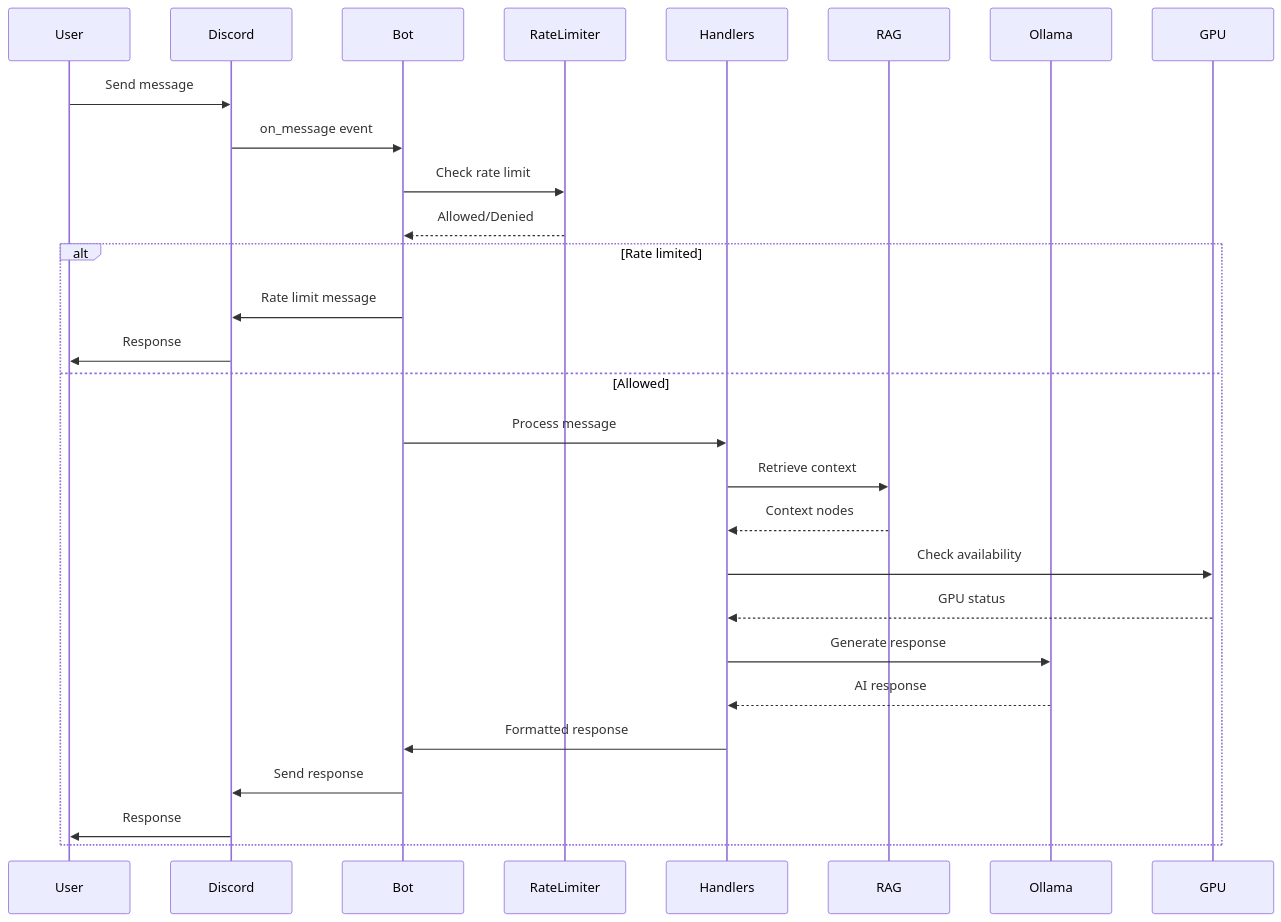
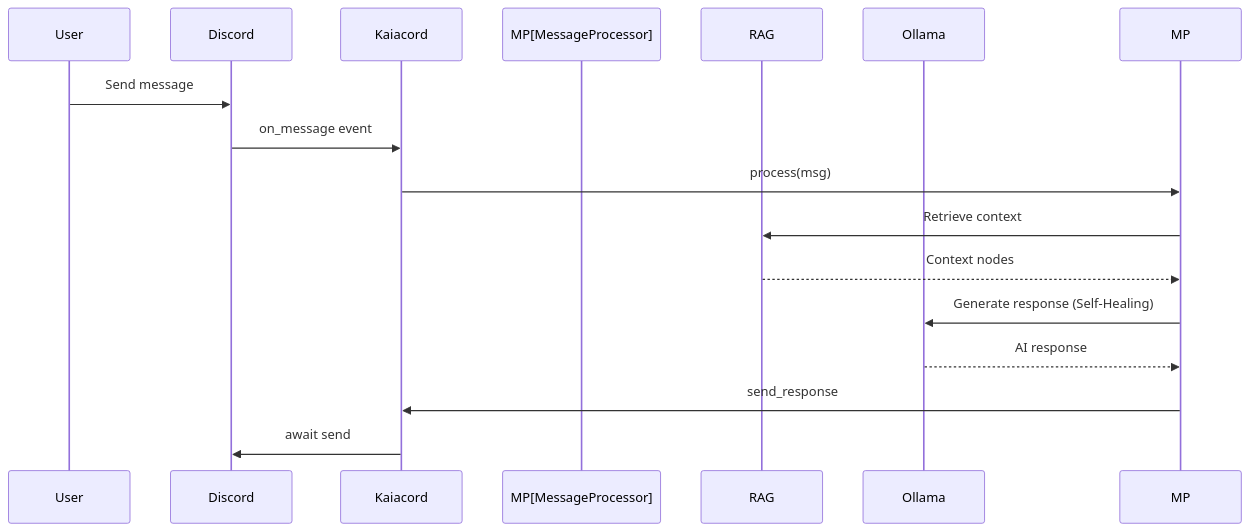
The second of 2 diagrams in docs/03-architecture/overview.md (Ekco-S64QTN6/Kaiacord), drawn with Mermaid before and after one commit. The commit also changed other lines of this file and 48 other files, not shown here.

First line of the commit message:
feat: Comprehensive Architectural Refactor & Repetitive Response Fix

````diff
--- a/docs/03-architecture/overview.md
+++ b/docs/03-architecture/overview.md
@@ -163,32 +115,19 @@
 ```mermaid
 sequenceDiagram
     participant User
     participant Discord
-    participant Bot
-    participant RateLimiter
-    participant Handlers
+    participant Kaiacord
+    participant MP[MessageProcessor]
     participant RAG
     participant Ollama
-    participant GPU
 
     User->>Discord: Send message
-    Discord->>Bot: on_message event
-    Bot->>RateLimiter: Check rate limit
-    RateLimiter-->>Bot: Allowed/Denied
-    
-    alt Rate limited
-        Bot->>Discord: Rate limit message
-        Discord->>User: Response
-    else Allowed
-        Bot->>Handlers: Process message
-        Handlers->>RAG: Retrieve context
-        RAG-->>Handlers: Context nodes
-        Handlers->>GPU: Check availability
-        GPU-->>Handlers: GPU status
-        Handlers->>Ollama: Generate response
-        Ollama-->>Handlers: AI response
-        Handlers->>Bot: Formatted response
-        Bot->>Discord: Send response
-        Discord->>User: Response
-    end
+    Discord->>Kaiacord: on_message event
+    Kaiacord->>MP: process(msg)
+    MP->>RAG: Retrieve context
+    RAG-->>MP: Context nodes
+    MP->>Ollama: Generate response (Self-Healing)
+    Ollama-->>MP: AI response
+    MP->>Kaiacord: send_response
+    Kaiacord->>Discord: await send
 ```
````
